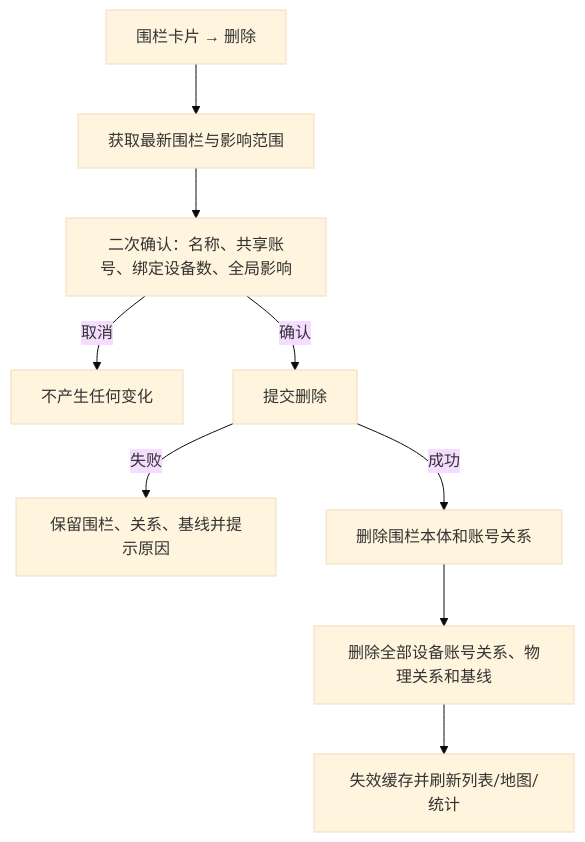
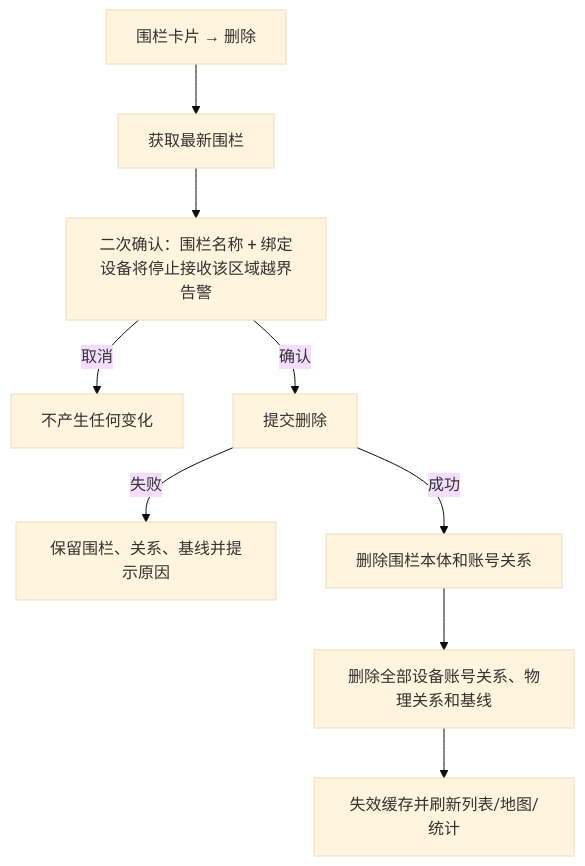
Before and after one commit to CuMgNa/skills: the seventh of 9 diagrams in docs/manuals/革泰/逻辑大纲/革泰 APP 地理围栏逻辑点梳理 plan.md, drawn with Mermaid (base theme). The commit also changed other lines of this file and 21 other files, not shown here.

````diff
--- a/docs/manuals/革泰/逻辑大纲/革泰 APP 地理围栏逻辑点梳理 plan.md
+++ b/docs/manuals/革泰/逻辑大纲/革泰 APP 地理围栏逻辑点梳理 plan.md
@@ -486,11 +498,11 @@
 ```mermaid
 flowchart TD
-    A["围栏卡片 → 删除"] --> B["获取最新围栏与影响范围"]
-    B --> C["二次确认：名称、共享账号、绑定设备数、全局影响"]
+    A["围栏卡片 → 删除"] --> B["获取最新围栏"]
+    B --> C["二次确认：围栏名称 + 绑定设备将停止接收该区域越界告警"]
     C -->|"取消"| D["不产生任何变化"]
     C -->|"确认"| E["提交删除"]
     E -->|"失败"| F["保留围栏、关系、基线并提示原因"]
     E -->|"成功"| G["删除围栏本体和账号关系"]
     G --> H["删除全部设备账号关系、物理关系和基线"]
     H --> I["失效缓存并刷新列表/地图/统计"]
 ```
````
